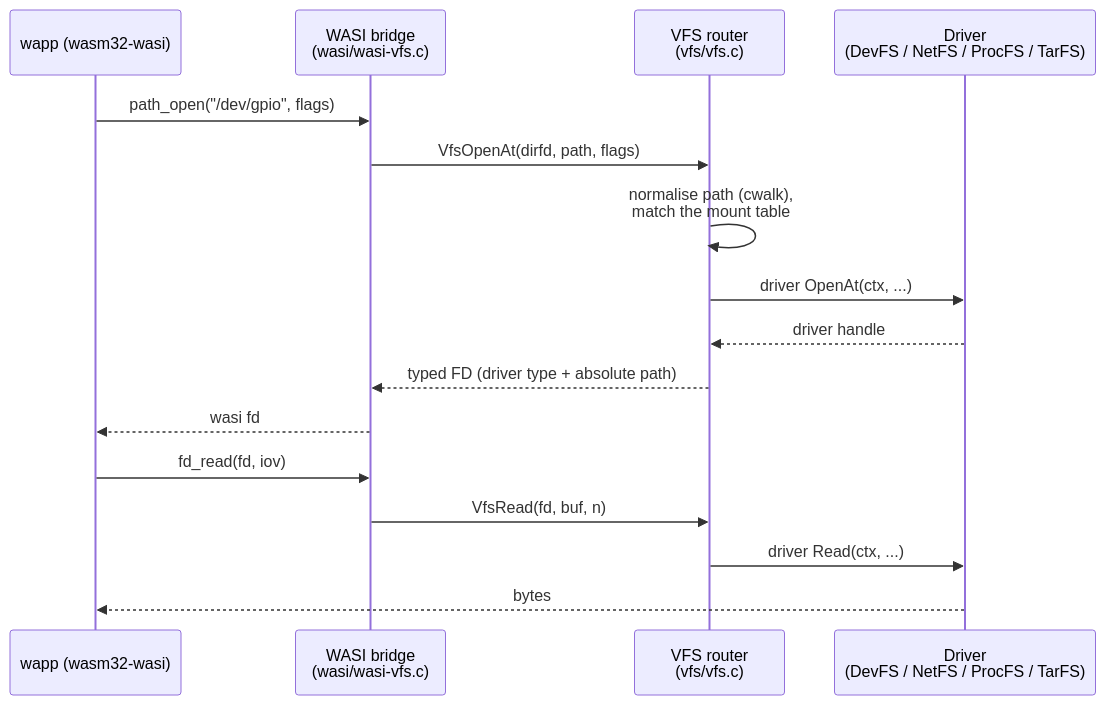
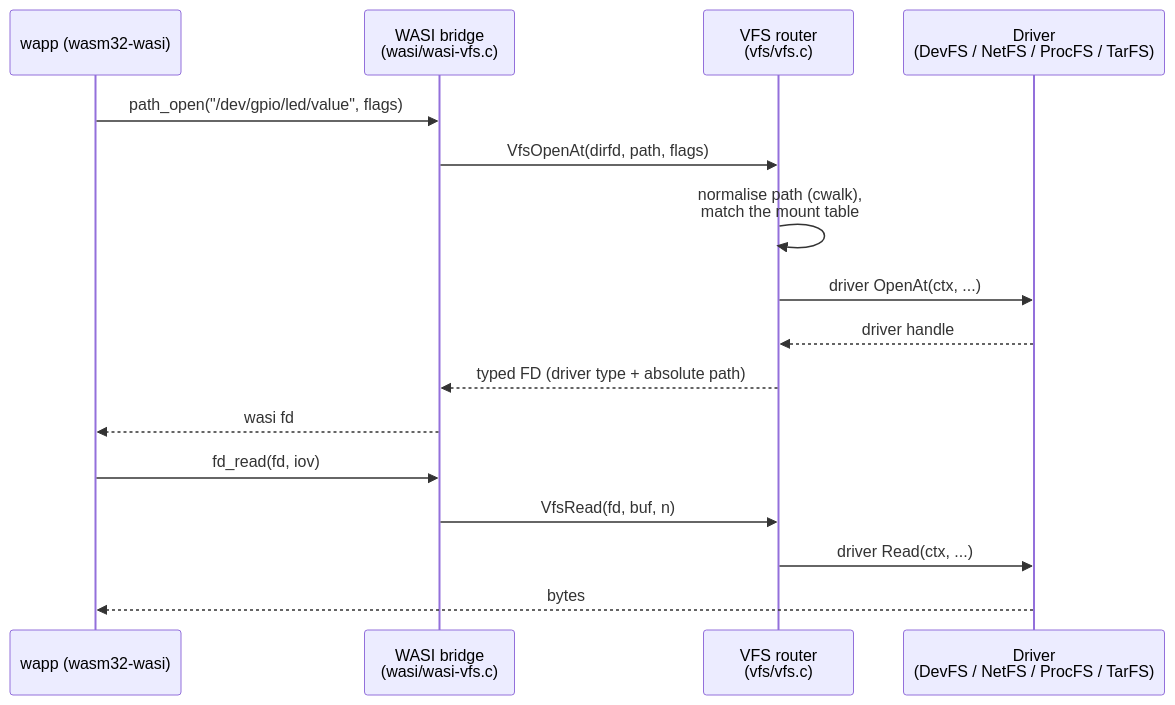
The third of 3 diagrams in docs/architecture.md (mekops-labs/wanted-engine), drawn with Mermaid before and after one commit. The commit also changed 30 other files, not shown here.

````diff
--- a/docs/architecture.md
+++ b/docs/architecture.md
@@ -72,18 +72,18 @@
 ```mermaid
 sequenceDiagram
     participant W as wapp (wasm32-wasi)
     participant B as WASI bridge<br/>(wasi/wasi-vfs.c)
     participant R as VFS router<br/>(vfs/vfs.c)
     participant D as Driver<br/>(DevFS / NetFS / ProcFS / TarFS)
-    W->>B: path_open("/dev/gpio", flags)
+    W->>B: path_open("/dev/gpio/led/value", flags)
     B->>R: VfsOpenAt(dirfd, path, flags)
     R->>R: normalise path (cwalk),<br/>match the mount table
     R->>D: driver OpenAt(ctx, ...)
     D-->>R: driver handle
     R-->>B: typed FD (driver type + absolute path)
     B-->>W: wasi fd
     W->>B: fd_read(fd, iov)
     B->>R: VfsRead(fd, buf, n)
     R->>D: driver Read(ctx, ...)
     D-->>W: bytes
 ```
````
